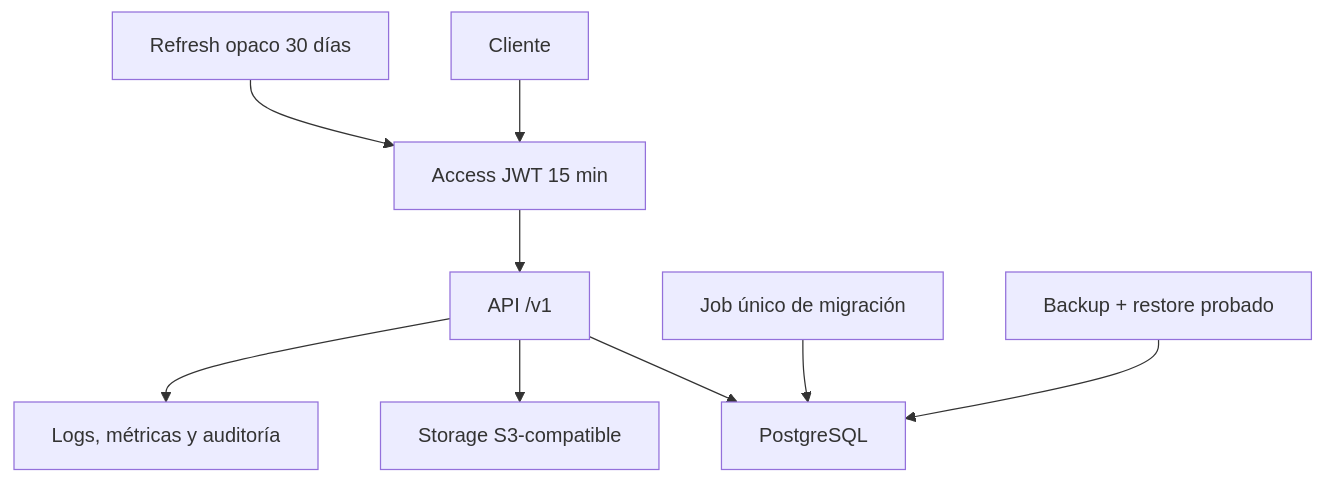
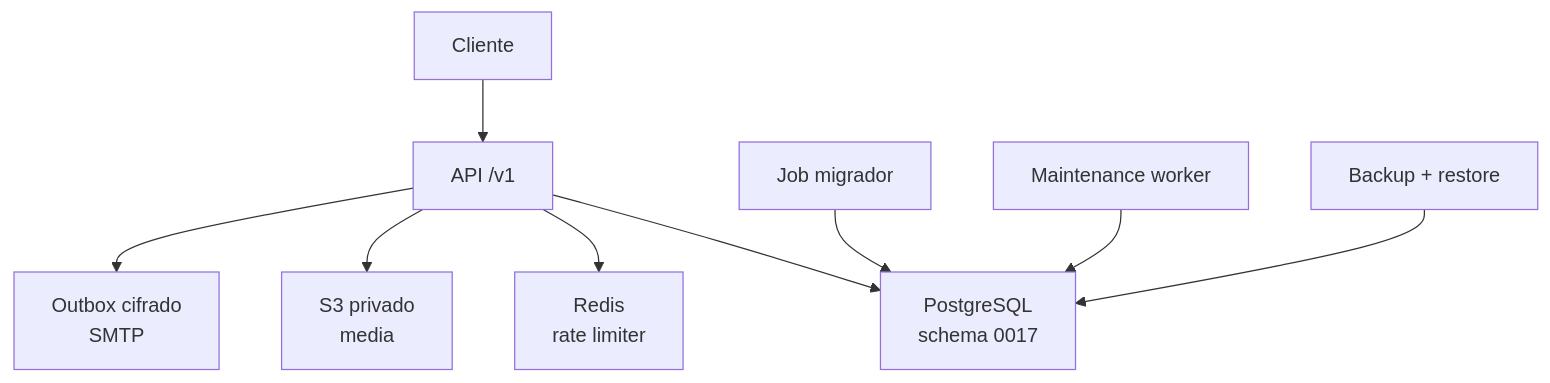
Before and after one commit to gagonzalez1/puntazo-docs: the diagram in docs/backend/03-operations.md, drawn with Mermaid. The commit also changed other lines of this file, not shown here.

Commit message:
docs(ops): document readiness and private media gates

````diff
--- a/docs/backend/03-operations.md
+++ b/docs/backend/03-operations.md
@@ -22,11 +20,15 @@
 ```mermaid
 flowchart TB
-  C["Cliente"] --> A["Access JWT 15 min"]
-  A --> API["API /v1"]
-  R["Refresh opaco 30 días"] --> A
-  API --> PG["PostgreSQL"]
-  API --> S3["Storage S3-compatible"]
-  API --> LOG["Logs, métricas y auditoría"]
-  MIG["Job único de migración"] --> PG
-  BAK["Backup + restore probado"] --> PG
+  C["Cliente"] --> API["API /v1"]
+  API --> PG["PostgreSQL
+schema 0017"]
+  API --> RD["Redis
+rate limiter"]
+  API --> S3["S3 privado
+media"]
+  API --> OUT["Outbox cifrado
+SMTP"]
+  MIG["Job migrador"] --> PG
+  MAINT["Maintenance worker"] --> PG
+  BAK["Backup + restore"] --> PG
 ```
````
